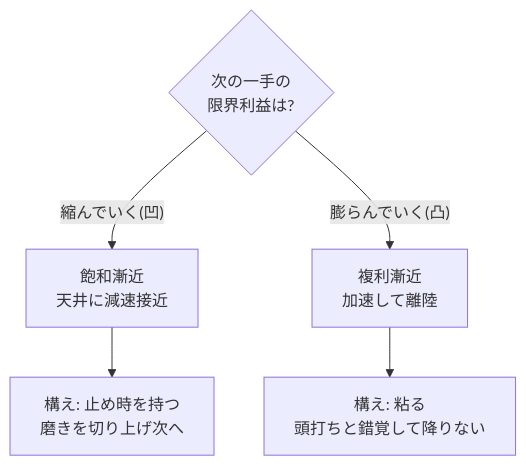
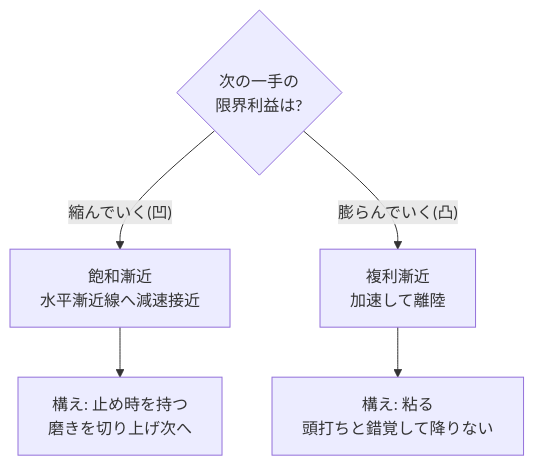
One commit to O6lvl4/O6lvl4-knowledge changed the diagram in vault/asymptotic.md. Above: the diagram before and after it, drawn with Mermaid. The commit also changed other lines of this file and 1 other file, not shown here.

````diff
--- a/vault/asymptotic.md
+++ b/vault/asymptotic.md
@@ -24,8 +58,8 @@
 ```mermaid
 flowchart TD
     Q{"次の一手の<br/>限界利益は?"}
-    Q -->|"縮んでいく(凹)"| S["飽和漸近<br/>天井に減速接近"]
+    Q -->|"縮んでいく(凹)"| S["飽和漸近<br/>水平漸近線へ減速接近"]
     Q -->|"膨らんでいく(凸)"| C["複利漸近<br/>加速して離陸"]
     S --> Sr["構え: 止め時を持つ<br/>磨きを切り上げ次へ"]
     C --> Cr["構え: 粘る<br/>頭打ちと錯覚して降りない"]
 ```
````
